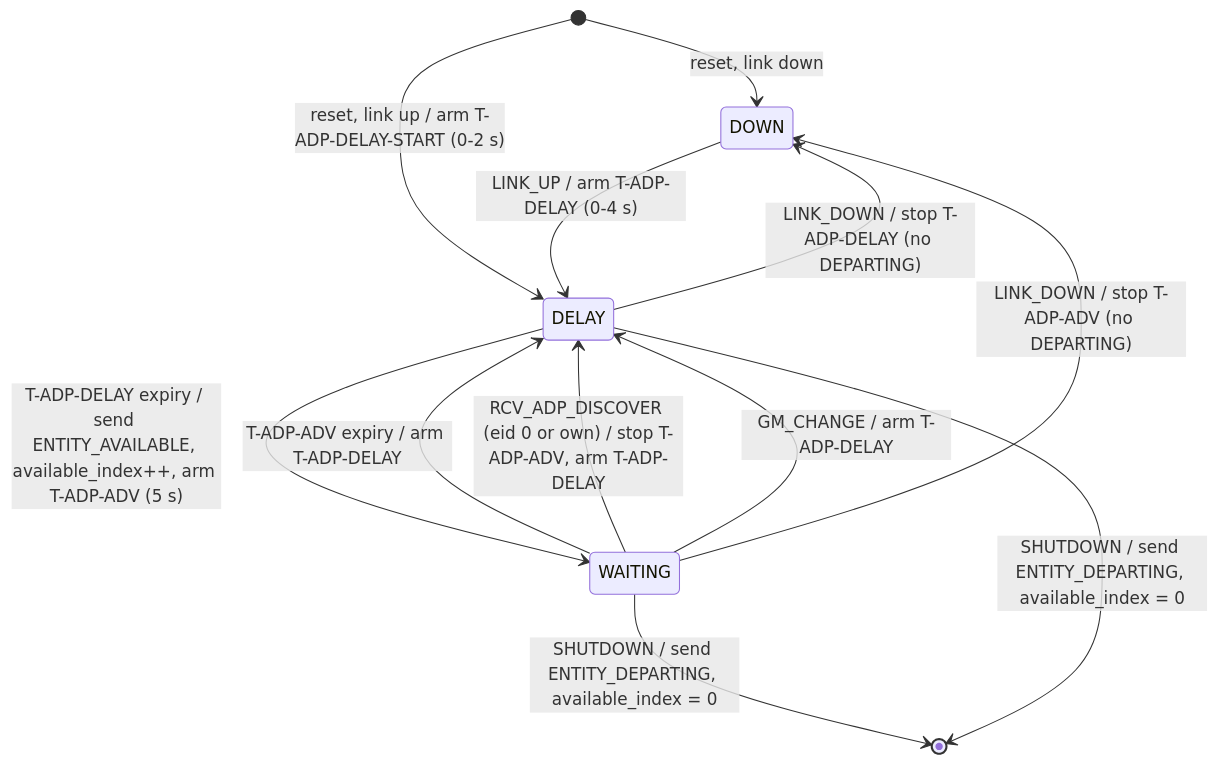
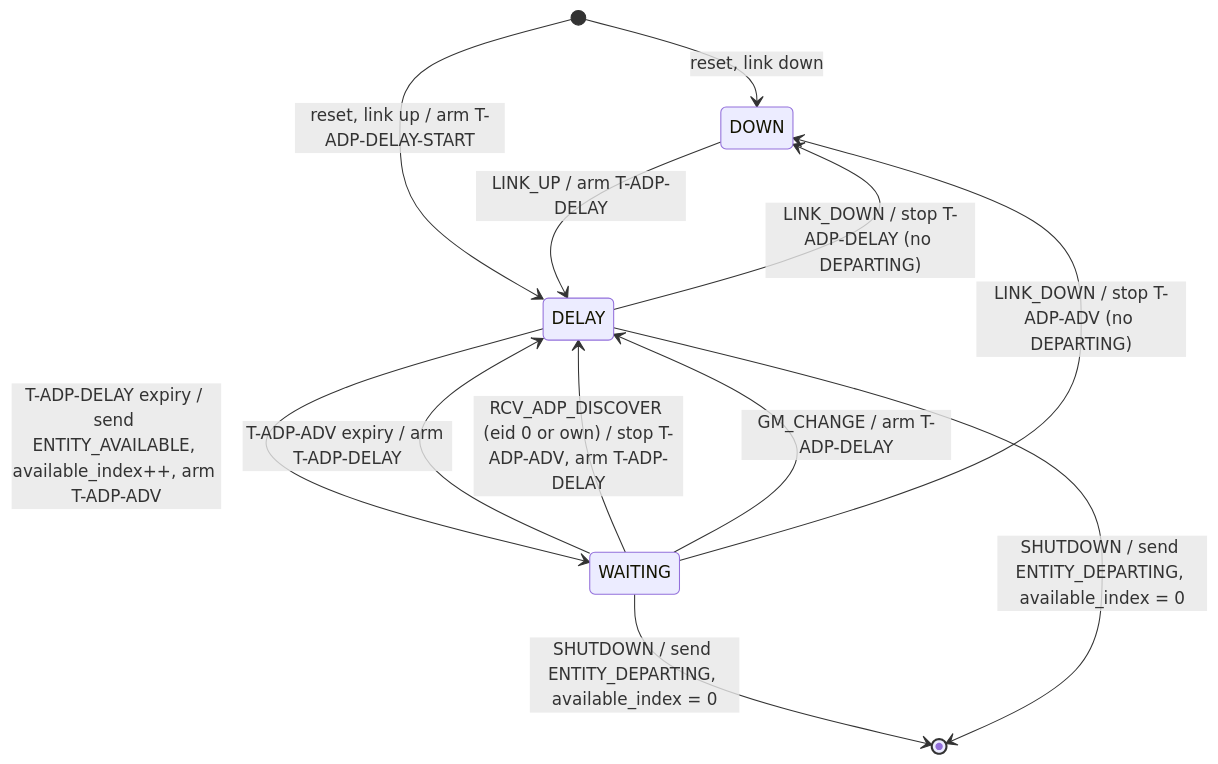
Before and after one commit to Mister-M-alt/protocol-processor-control-plane-avb-milan: the second of 4 diagrams in docs/architecture/04_adp_engine.md, drawn with Mermaid. The commit also changed other lines of this file and 13 other files, not shown here.

````diff
--- a/docs/architecture/04_adp_engine.md
+++ b/docs/architecture/04_adp_engine.md
@@ -131,14 +131,14 @@
 ```mermaid
 stateDiagram-v2
     [*] --> DOWN: reset, link down
-    [*] --> DELAY: reset, link up / arm T-ADP-DELAY-START (0-2 s)
-    DOWN --> DELAY: LINK_UP / arm T-ADP-DELAY (0-4 s)
-    DELAY --> WAITING: T-ADP-DELAY expiry / send ENTITY_AVAILABLE, available_index++, arm T-ADP-ADV (5 s)
+    [*] --> DELAY: reset, link up / arm T-ADP-DELAY-START
+    DOWN --> DELAY: LINK_UP / arm T-ADP-DELAY
+    DELAY --> WAITING: T-ADP-DELAY expiry / send ENTITY_AVAILABLE, available_index++, arm T-ADP-ADV
     WAITING --> DELAY: T-ADP-ADV expiry / arm T-ADP-DELAY
     WAITING --> DELAY: RCV_ADP_DISCOVER (eid 0 or own) / stop T-ADP-ADV, arm T-ADP-DELAY
     WAITING --> DELAY: GM_CHANGE / arm T-ADP-DELAY
     WAITING --> DOWN: LINK_DOWN / stop T-ADP-ADV (no DEPARTING)
     DELAY --> DOWN: LINK_DOWN / stop T-ADP-DELAY (no DEPARTING)
     WAITING --> [*]: SHUTDOWN / send ENTITY_DEPARTING, available_index = 0
     DELAY --> [*]: SHUTDOWN / send ENTITY_DEPARTING, available_index = 0
 ```
````
